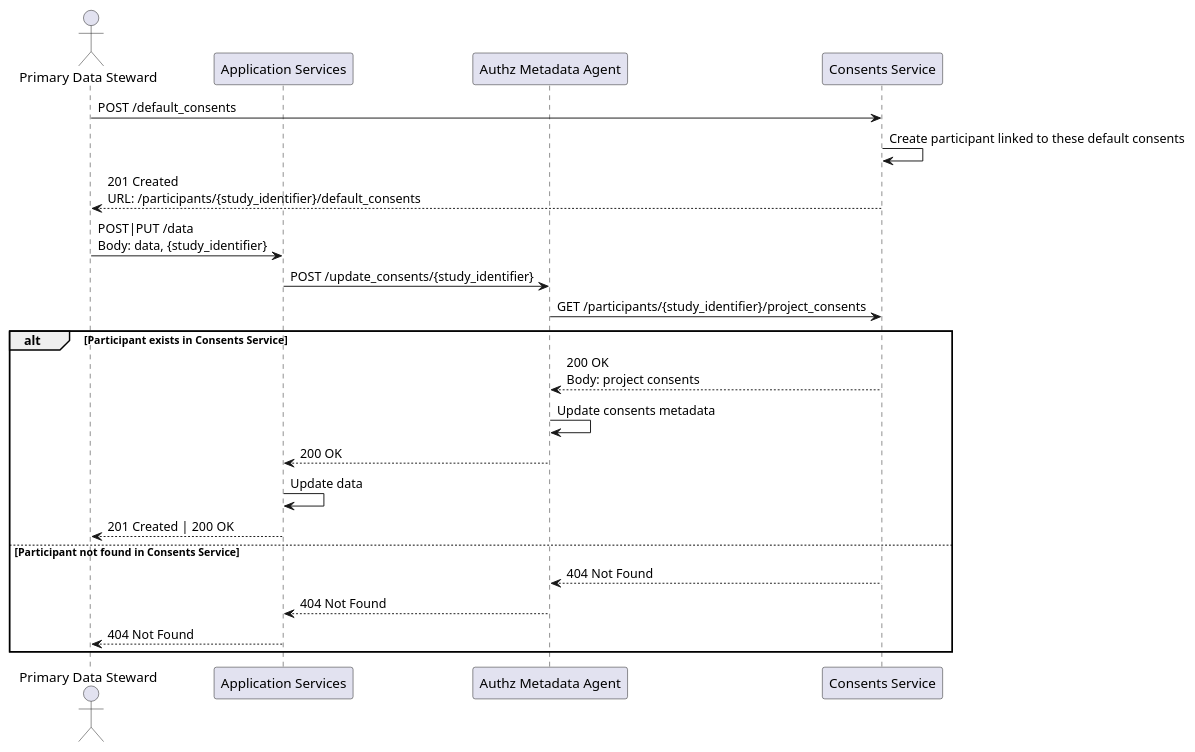
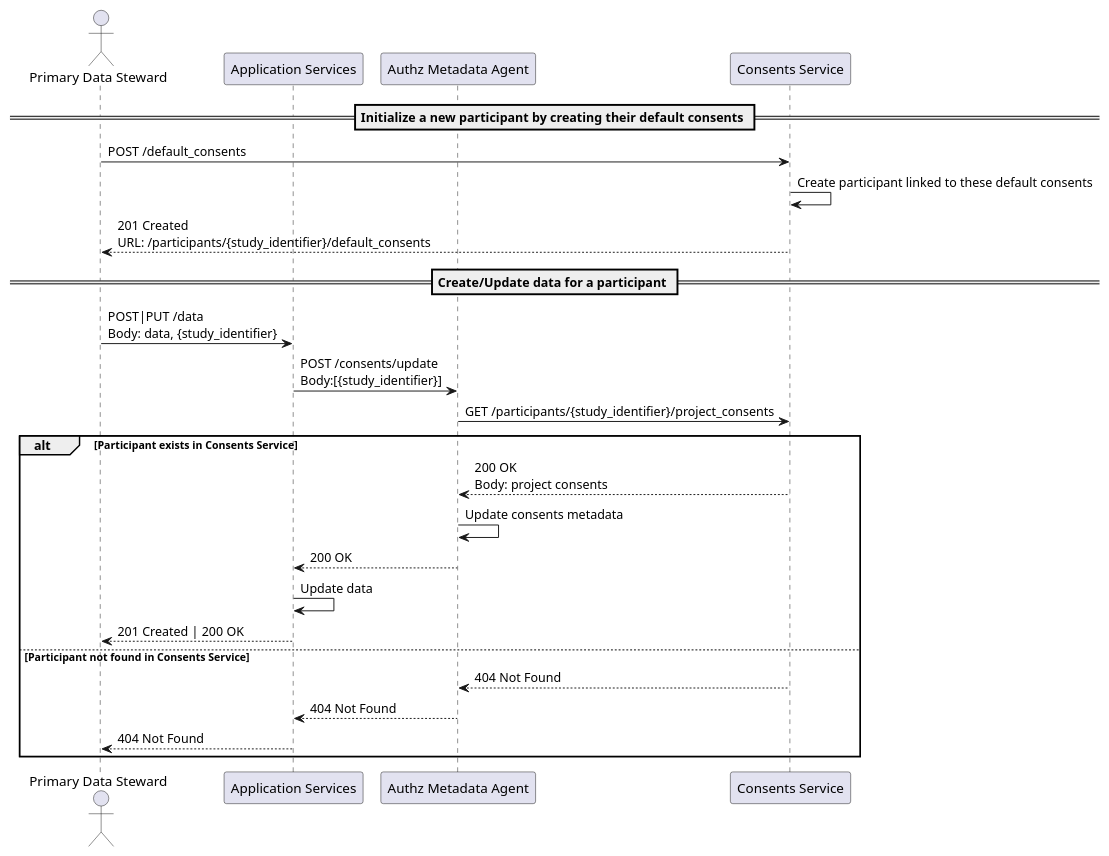
The diagram in demo1/diagrams/add_study_data.md (dycons/design), drawn with PlantUML before and after one commit. The commit also changed 1 other file, not shown here.

Commit message:
Seq diagram the REMS application workflow

```diff
--- a/demo1/diagrams/add_study_data.md
+++ b/demo1/diagrams/add_study_data.md
@@ -3,25 +3,30 @@
 @startuml
 actor "Primary Data Steward" as psd
 participant "Application Services" as as
 participant "Authz Metadata Agent" as ama
 participant "Consents Service" as cs
 
+== Initialize a new participant by creating their default consents ==
+
 psd -> cs: POST /default_consents
 cs -> cs: Create participant linked to these default consents
 cs --> psd: 201 Created \nURL: /participants/{study_identifier}/default_consents
+
+== Create/Update data for a participant ==
+
 psd -> as: POST|PUT /data \nBody: data, {study_identifier}
-as -> ama: POST /update_consents/{study_identifier}
+as -> ama: POST /consents/update \nBody:[{study_identifier}]
 ama -> cs: GET /participants/{study_identifier}/project_consents
 
 alt Participant exists in Consents Service
   cs --> ama: 200 OK \nBody: project consents
   ama -> ama: Update consents metadata
   ama --> as: 200 OK
   as -> as: Update data
   as --> psd: 201 Created | 200 OK
 else Participant not found in Consents Service
   cs --> ama: 404 Not Found
   ama --> as: 404 Not Found
   as --> psd: 404 Not Found
 end
 @enduml
```
